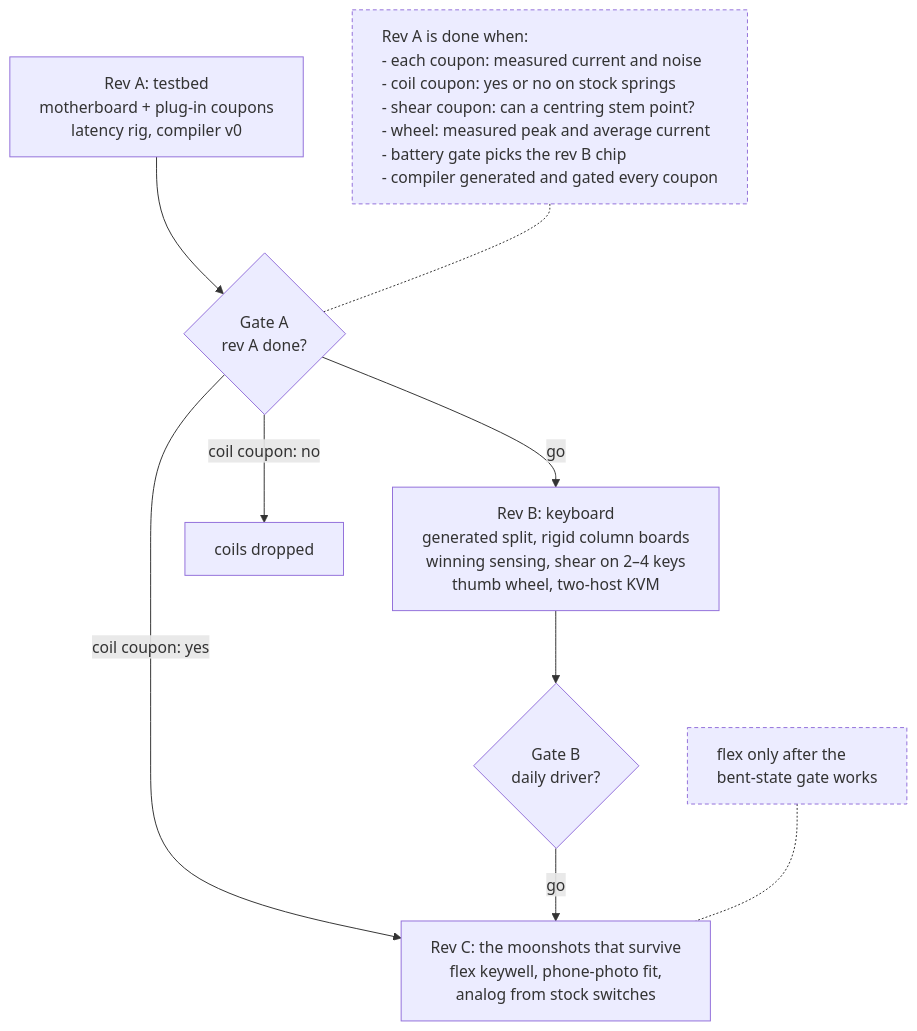
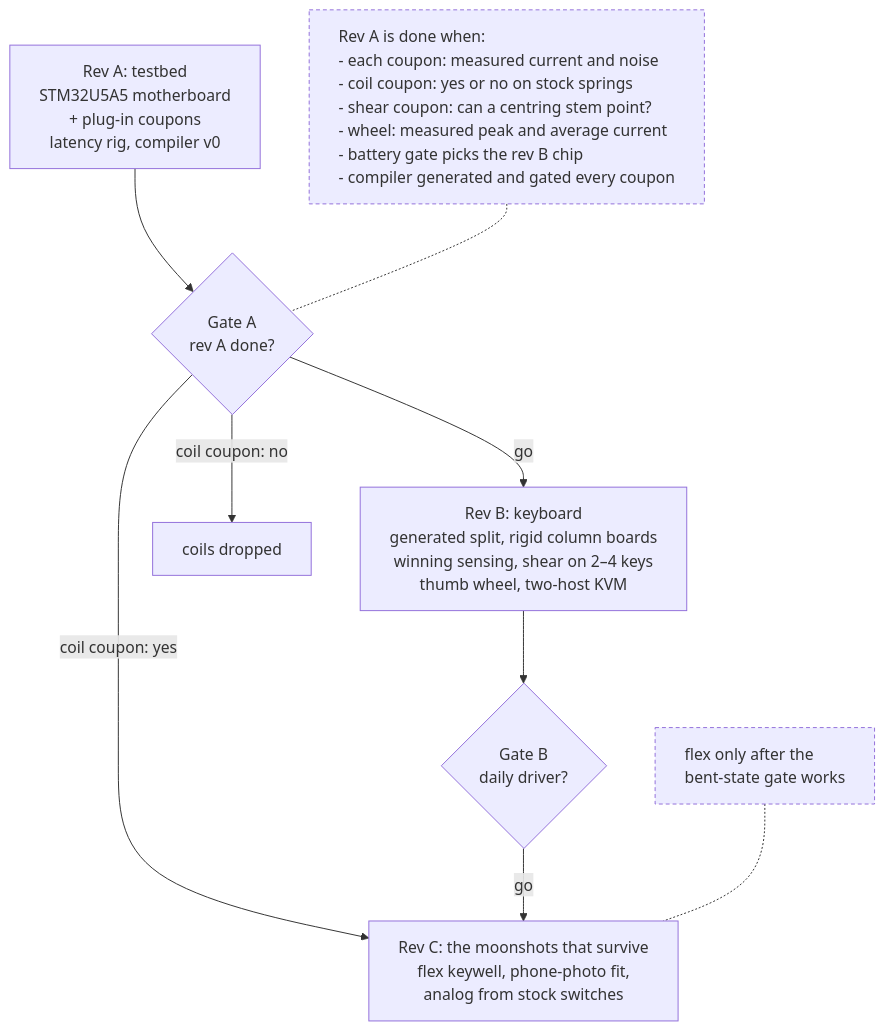
The second of 3 diagrams in keyboard/README.md (tyevco/prettycoolboards), drawn with Mermaid before and after one commit. The commit also changed other lines of this file and 19 other files, not shown here.

First line of the commit message:
Keyboard: record the rev A MCU decision and draft the testbed SPEC

````diff
--- a/keyboard/README.md
+++ b/keyboard/README.md
@@ -101,29 +105,29 @@
 ```mermaid
 ---
 config:
   # the docs theme sets p { line-height: 28px }, which would clip the labels mermaid measured at 1.5
   themeCSS: "p { line-height: inherit; }"
   flowchart:
     wrappingWidth: 400
 ---
 flowchart TB
-  A["Rev A: testbed<br/>motherboard + plug-in coupons<br/>latency rig, compiler v0"]
+  A["Rev A: testbed<br/>STM32U5A5 motherboard<br/>+ plug-in coupons<br/>latency rig, compiler v0"]
   GA{"Gate A<br/>rev A done?"}
   CK["Rev A is done when:<br/>- each coupon: measured current and noise<br/>- coil coupon: yes or no on stock springs<br/>- shear coupon: can a centring stem point?<br/>- wheel: measured peak and average current<br/>- battery gate picks the rev B chip<br/>- compiler generated and gated every coupon"]:::note
   B["Rev B: keyboard<br/>generated split, rigid column boards<br/>winning sensing, shear on 2–4 keys<br/>thumb wheel, two-host KVM"]
   CX["coils dropped"]
   GB{"Gate B<br/>daily driver?"}
   FLEX["flex only after the<br/>bent-state gate works"]:::note
   C["Rev C: the moonshots that survive<br/>flex keywell, phone-photo fit,<br/>analog from stock switches"]
 
   A --> GA
   CK -.- GA
   GA -->|"go"| B
   GA -->|"coil coupon: no"| CX
   GA -->|"coil coupon: yes"| C
   B --> GB
   GB -->|"go"| C
   FLEX -.- C
 
   classDef note text-align:left,stroke-dasharray:4 3
 ```
````
